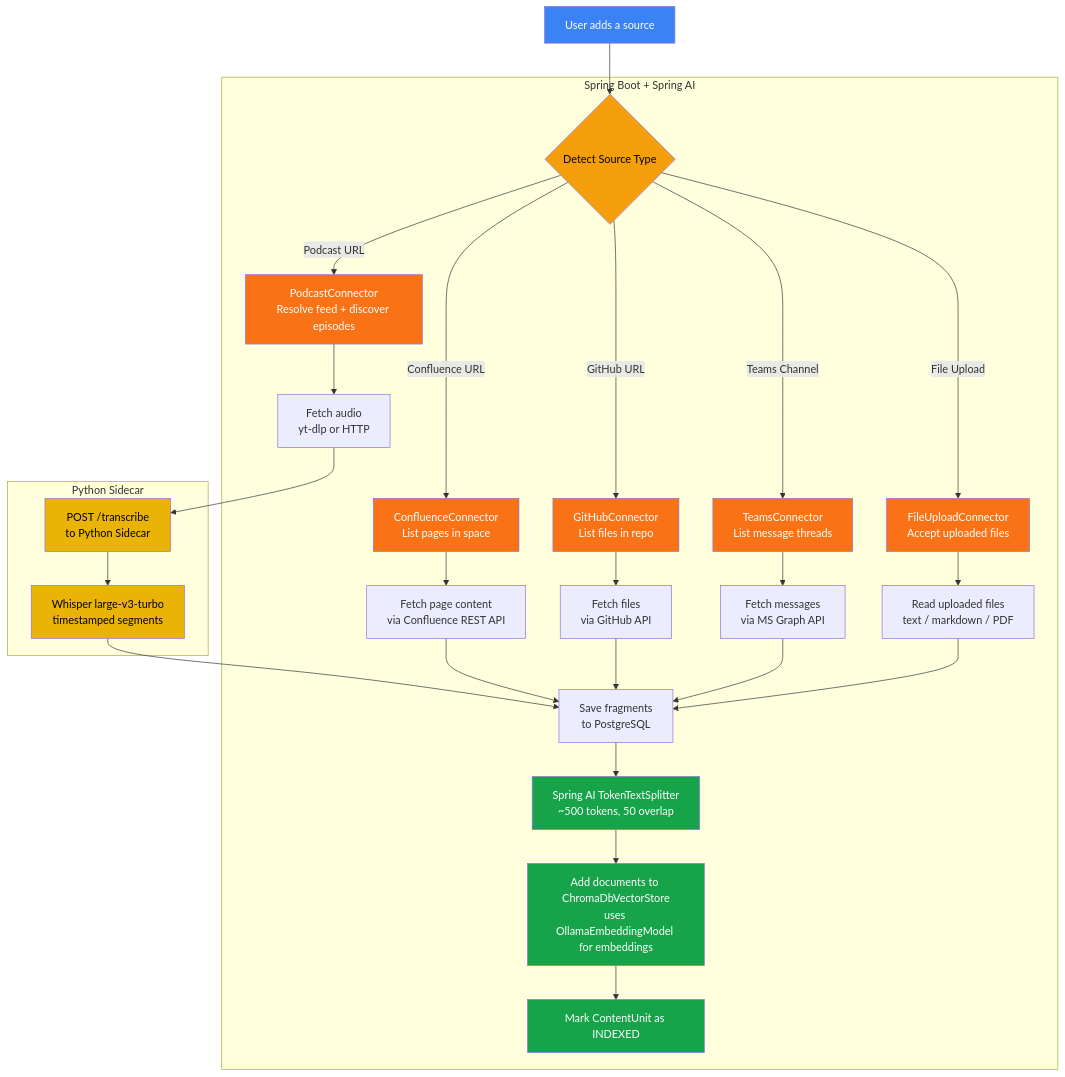
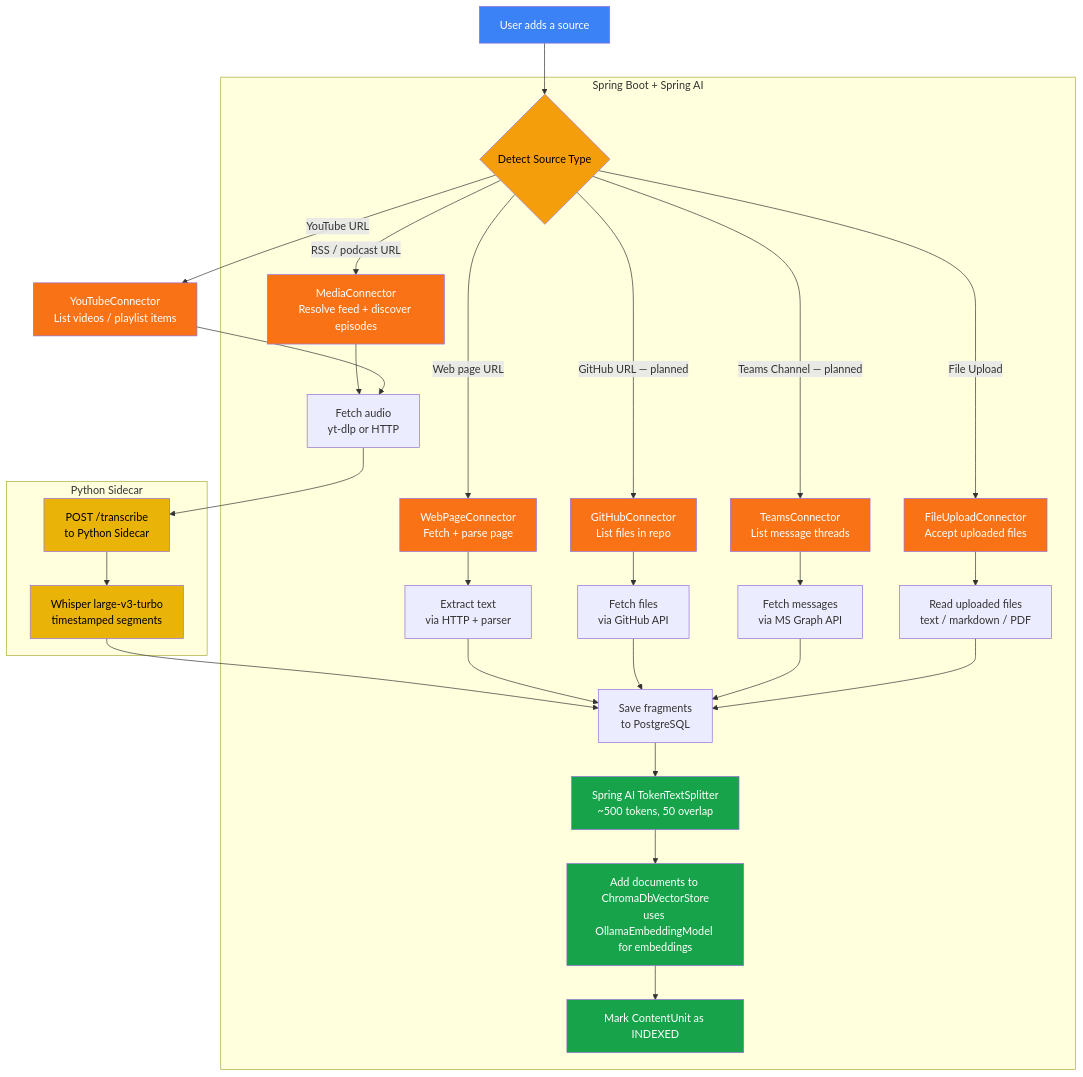
One commit to jsohi/localloom changed the second of 8 diagrams in docs/DIAGRAMS.md. Above: the diagram before and after it, drawn with Mermaid. The commit also changed other lines of this file and 12 other files, not shown here.

````diff
--- a/docs/DIAGRAMS.md
+++ b/docs/DIAGRAMS.md
@@ -87,67 +87,70 @@
 ```mermaid
 flowchart TD
     A[User adds a source] --> B{Detect Source Type}
 
-    B -->|Podcast URL| C[PodcastConnector<br/>Resolve feed + discover episodes]
-    B -->|Confluence URL| D[ConfluenceConnector<br/>List pages in space]
-    B -->|GitHub URL| E[GitHubConnector<br/>List files in repo]
-    B -->|Teams Channel| F[TeamsConnector<br/>List message threads]
+    B -->|RSS / podcast URL| C[MediaConnector<br/>Resolve feed + discover episodes]
+    B -->|YouTube URL| C2[YouTubeConnector<br/>List videos / playlist items]
+    B -->|Web page URL| D[WebPageConnector<br/>Fetch + parse page]
     B -->|File Upload| G[FileUploadConnector<br/>Accept uploaded files]
+    B -->|GitHub URL — planned| E[GitHubConnector<br/>List files in repo]
+    B -->|Teams Channel — planned| F[TeamsConnector<br/>List message threads]
 
     C --> H[Fetch audio<br/>yt-dlp or HTTP]
+    C2 --> H
     H --> I[POST /transcribe<br/>to Python Sidecar]
     I --> J[Whisper large-v3-turbo<br/>timestamped segments]
     J --> K[Save fragments<br/>to PostgreSQL]
 
-    D --> L[Fetch page content<br/>via Confluence REST API]
+    D --> L[Extract text<br/>via HTTP + parser]
     L --> K
 
     E --> M[Fetch files<br/>via GitHub API]
     M --> K
 
     F --> N[Fetch messages<br/>via MS Graph API]
     N --> K
 
     G --> O[Read uploaded files<br/>text / markdown / PDF]
     O --> K
 
     K --> P[Spring AI TokenTextSplitter<br/>~500 tokens, 50 overlap]
     P --> Q[Add documents to ChromaDbVectorStore<br/>uses OllamaEmbeddingModel for embeddings]
     Q --> R[Mark ContentUnit as INDEXED]
 
     style A fill:#3b82f6,color:#fff
     style B fill:#f59e0b,color:#000
     style C fill:#f97316,color:#fff
+    style C2 fill:#f97316,color:#fff
     style D fill:#f97316,color:#fff
     style E fill:#f97316,color:#fff
     style F fill:#f97316,color:#fff
     style G fill:#f97316,color:#fff
     style I fill:#eab308,color:#000
     style J fill:#eab308,color:#000
     style P fill:#16a34a,color:#fff
     style Q fill:#16a34a,color:#fff
     style R fill:#16a34a,color:#fff
 
     subgraph Spring Boot + Spring AI
         B
         C
         D
         E
         F
         G
         H
         K
         L
         M
         N
         O
         P
         Q
         R
     end
 
     subgraph Python Sidecar
         I
         J
     end
 ```
````
